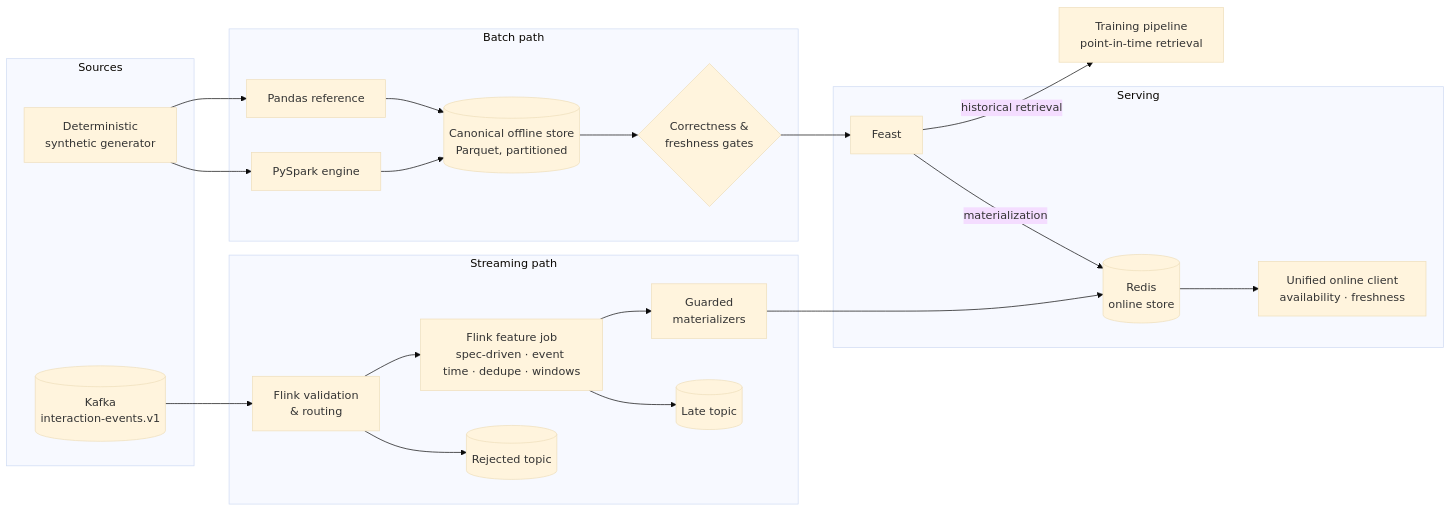
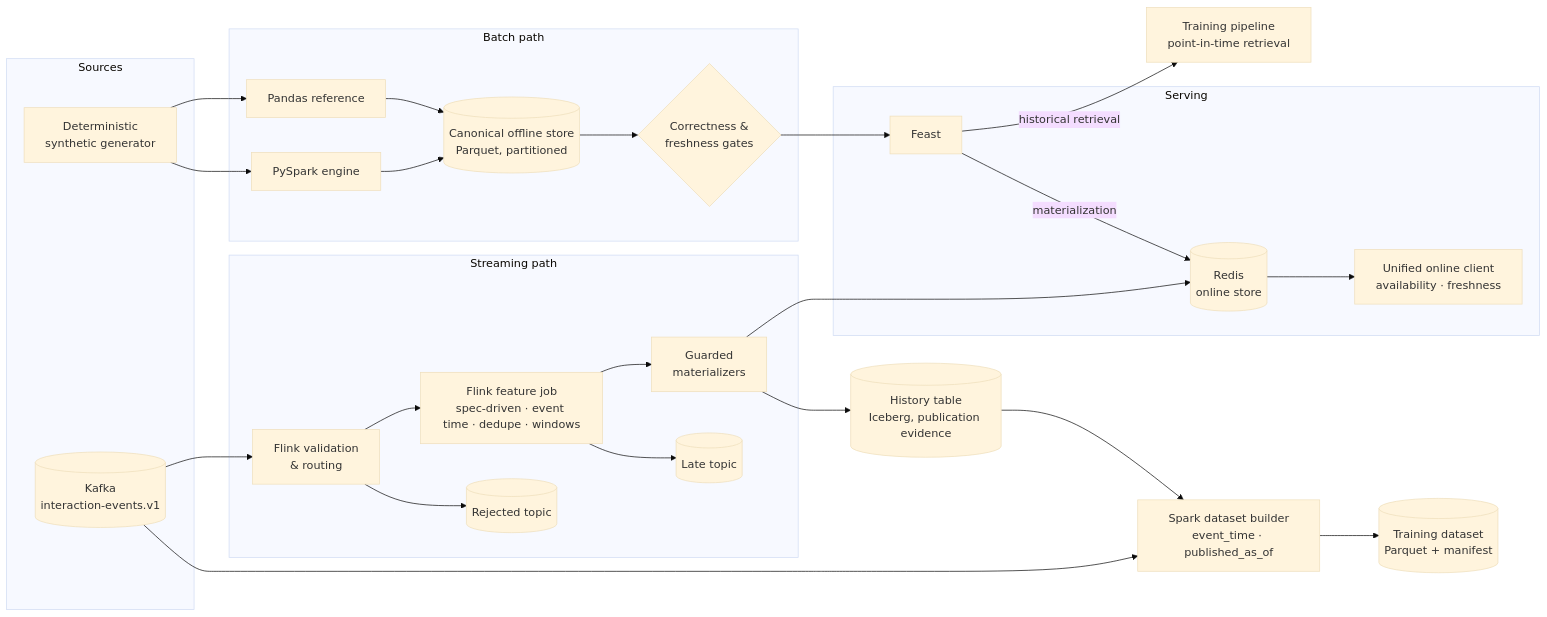
One commit to oster-dev/featureforge changed the diagram in README.md. Above: the diagram before and after it, drawn with Mermaid (base theme). The commit also changed other lines of this file and 9 other files, not shown here.

Commit message:
docs: bring all documents up to date with history, labels and training datasets (#64)

````diff
--- a/README.md
+++ b/README.md
@@ -22,38 +22,45 @@
 ```mermaid
 flowchart LR
     subgraph Sources
         GEN[Deterministic<br/>synthetic generator]
         EV[(Kafka<br/>interaction-events.v1)]
     end
 
     subgraph Batch["Batch path"]
         PD[Pandas reference]
         SP[PySpark engine]
         OFF[(Canonical offline store<br/>Parquet, partitioned)]
         GATE{Correctness &<br/>freshness gates}
     end
 
     subgraph Stream["Streaming path"]
         VAL[Flink validation<br/>& routing]
         REJ[(Rejected topic)]
         FJ[Flink feature job<br/>spec-driven · event time · dedupe · windows]
         LATE[(Late topic)]
         MAT[Guarded<br/>materializers]
     end
 
     subgraph Serving
         FEAST[Feast]
         REDIS[(Redis<br/>online store)]
         API[Unified online client<br/>availability · freshness]
     end
 
     TRAIN[Training pipeline<br/>point-in-time retrieval]
+    HIST[(History table<br/>Iceberg, publication evidence)]
+    DS[Spark dataset builder<br/>event_time · published_as_of]
+    DSOUT[(Training dataset<br/>Parquet + manifest)]
 
     GEN --> PD & SP --> OFF --> GATE --> FEAST
     FEAST -->|historical retrieval| TRAIN
     FEAST -->|materialization| REDIS
     EV --> VAL --> FJ --> MAT --> REDIS
     VAL --> REJ
     FJ --> LATE
     REDIS --> API
+    MAT --> HIST
+    EV --> DS
+    HIST --> DS
+    DS --> DSOUT
 ```
````
